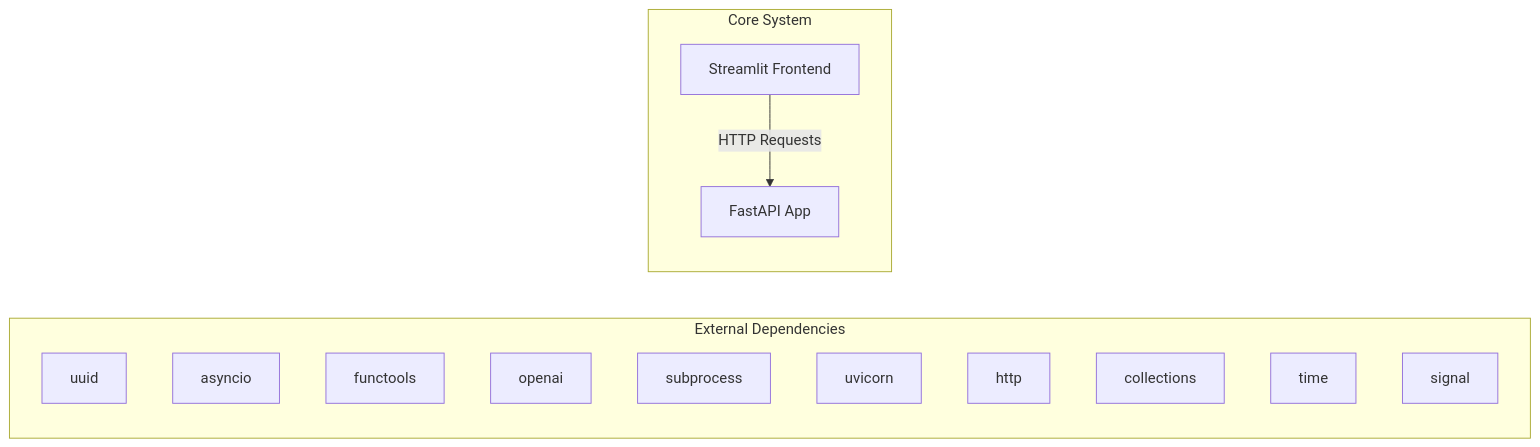
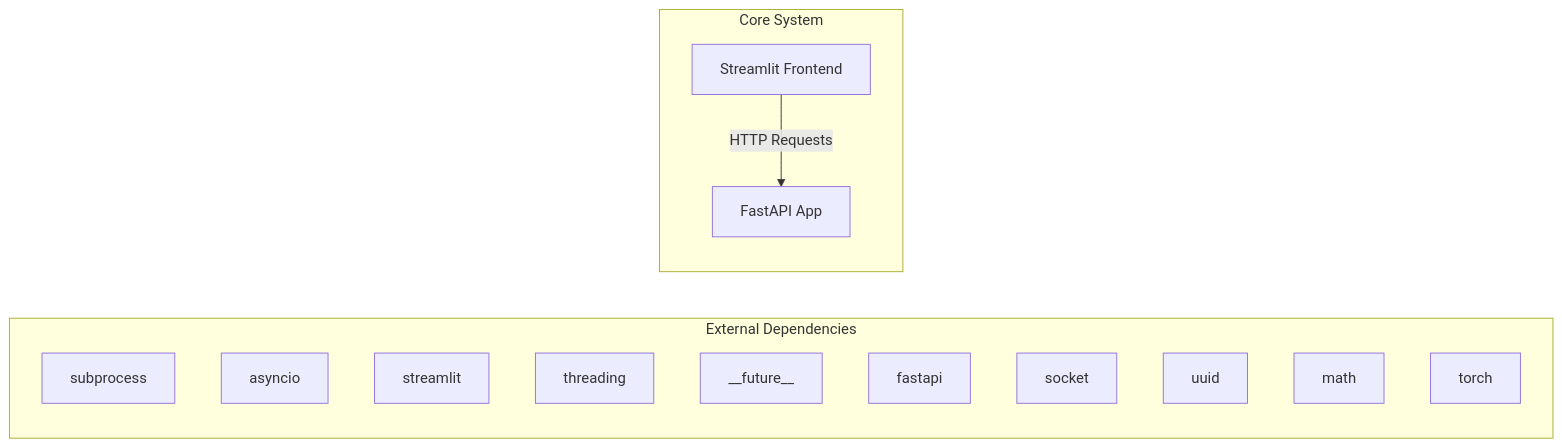
One commit to NITISH-R-G/rag-context-optimizer changed the first of 2 diagrams in docs/architecture.md. Above: the diagram before and after it, drawn with Mermaid. The commit also changed 1 other file, not shown here.

Commit message:
docs: auto-update repository knowledge, architecture diagrams, and documentation

````diff
--- a/docs/architecture.md
+++ b/docs/architecture.md
@@ -7,20 +7,20 @@
 ```mermaid
 graph LR
     subgraph External Dependencies
-        E0["uuid"]
+        E0["subprocess"]
         E1["asyncio"]
-        E2["functools"]
-        E3["openai"]
-        E4["subprocess"]
-        E5["uvicorn"]
-        E6["http"]
-        E7["collections"]
-        E8["time"]
-        E9["signal"]
+        E2["streamlit"]
+        E3["threading"]
+        E4["__future__"]
+        E5["fastapi"]
+        E6["socket"]
+        E7["uuid"]
+        E8["math"]
+        E9["torch"]
     end
     subgraph Core System
         API["FastAPI App"]
         UI["Streamlit Frontend"]
     end
     UI -->|HTTP Requests| API
 ```
````
